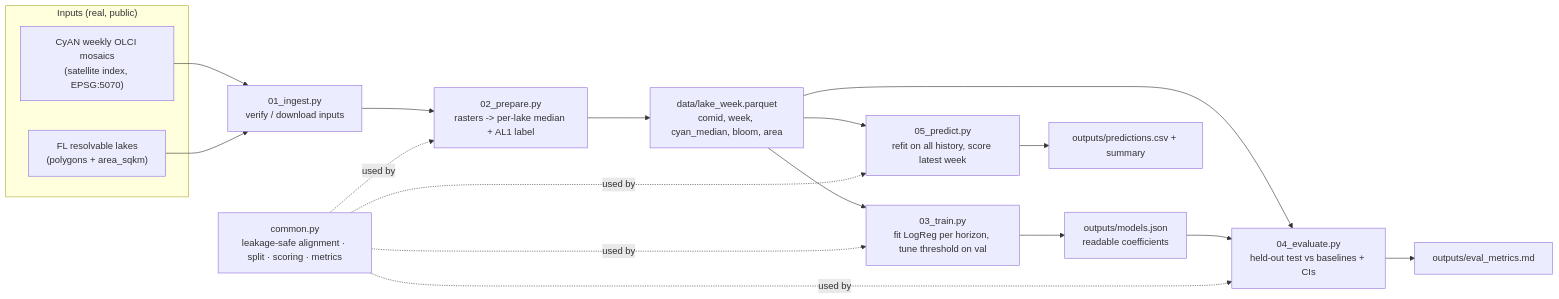
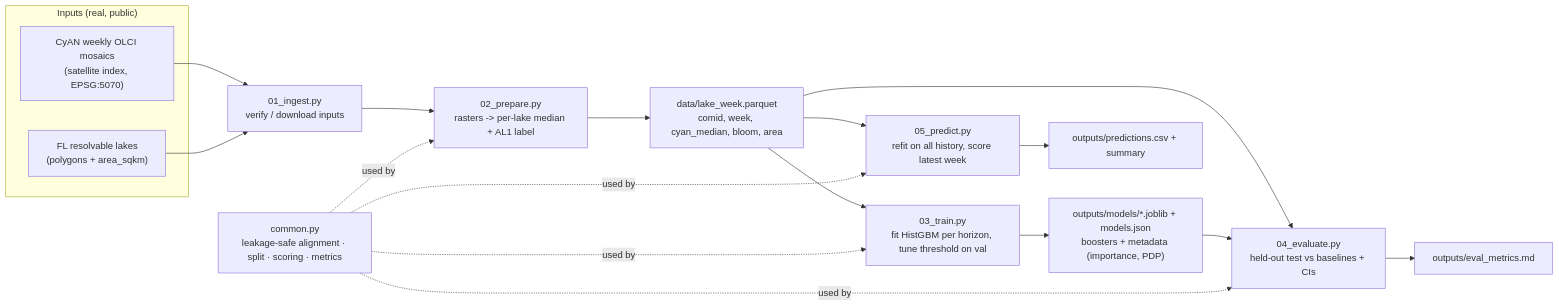
Before and after one commit to atashie/HAB_PoC: the first of 2 diagrams in CODE-MAP-PoC-SIMPLE.md, drawn with Mermaid. The commit also changed other lines of this file and 19 other files, not shown here.

First line of the commit message:
presentation: slide-15 model-family chart uses with-climatology models; batch deck + PoC updates

````diff
--- a/CODE-MAP-PoC-SIMPLE.md
+++ b/CODE-MAP-PoC-SIMPLE.md
@@ -20,29 +20,29 @@
 ```mermaid
 flowchart LR
     subgraph inputs["Inputs (real, public)"]
         RAS["CyAN weekly OLCI mosaics<br/>(satellite index, EPSG:5070)"]
         LK["FL resolvable lakes<br/>(polygons + area_sqkm)"]
     end
     S1["01_ingest.py<br/>verify / download inputs"]
     S2["02_prepare.py<br/>rasters -> per-lake median + AL1 label"]
     LW["data/lake_week.parquet<br/>comid, week, cyan_median, bloom, area"]
-    S3["03_train.py<br/>fit LogReg per horizon, tune threshold on val"]
-    MJ["outputs/models.json<br/>readable coefficients"]
+    S3["03_train.py<br/>fit HistGBM per horizon, tune threshold on val"]
+    MJ["outputs/models/*.joblib + models.json<br/>boosters + metadata (importance, PDP)"]
     S4["04_evaluate.py<br/>held-out test vs baselines + CIs"]
     S5["05_predict.py<br/>refit on all history, score latest week"]
     EV["outputs/eval_metrics.md"]
     PR["outputs/predictions.csv + summary"]
 
     RAS --> S1 --> S2
     LK --> S1
     S2 --> LW --> S3 --> MJ
     LW --> S4
     MJ --> S4 --> EV
     LW --> S5
     S5 --> PR
     CORE["common.py<br/>leakage-safe alignment · split · scoring · metrics"]
     CORE -. used by .-> S2
     CORE -. used by .-> S3
     CORE -. used by .-> S4
     CORE -. used by .-> S5
 ```
````
